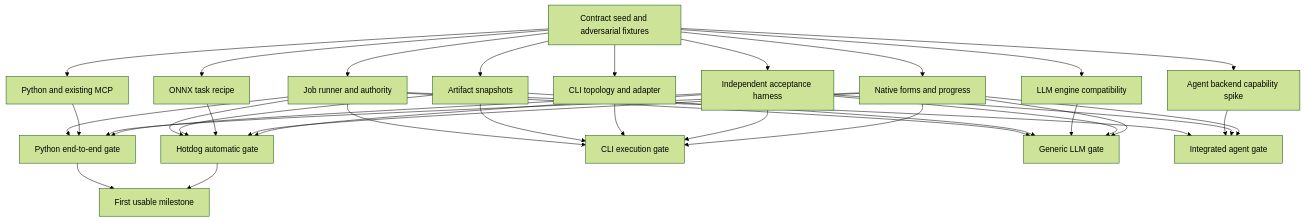
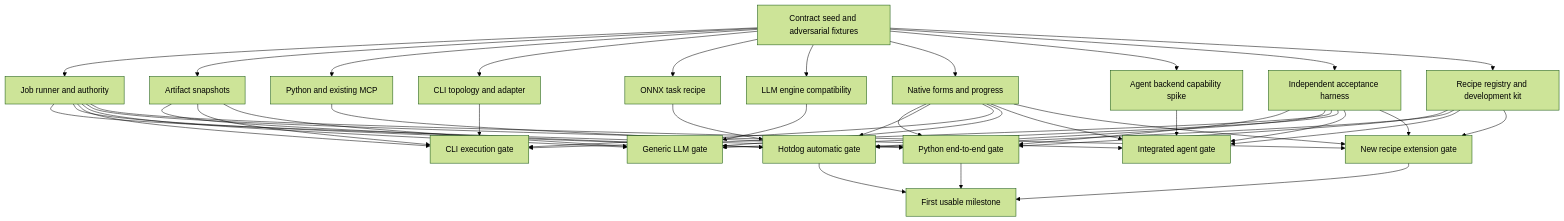
Before and after one commit to jshahbazi/meecp: the diagram in docs/AUTOMATIC_PREPARATION.md, drawn with Mermaid (forest theme). The commit also changed other lines of this file and 1 other file, not shown here.

First line of the commit message:
docs: define extensible recipe bundles

````diff
--- a/docs/AUTOMATIC_PREPARATION.md
+++ b/docs/AUTOMATIC_PREPARATION.md
@@ -168,37 +235,46 @@
 ```mermaid
 flowchart TD
     A[Contract seed and adversarial fixtures] --> B[Job runner and authority]
     A --> C[Artifact snapshots]
     A --> D[Python and existing MCP]
     A --> E[CLI topology and adapter]
     A --> F[ONNX task recipe]
     A --> G[LLM engine compatibility]
     A --> H[Native forms and progress]
     A --> I[Agent backend capability spike]
     A --> J[Independent acceptance harness]
+    A --> R[Recipe registry and development kit]
     B --> P[Python end-to-end gate]
     D --> P
     H --> P
     J --> P
+    R --> P
     B --> V[Hotdog automatic gate]
     C --> V
     F --> V
     H --> V
     J --> V
+    R --> V
     B --> K[CLI execution gate]
     C --> K
     E --> K
     J --> K
     H --> K
     B --> L[Generic LLM gate]
     C --> L
     G --> L
     J --> L
     H --> L
     B --> Q[Integrated agent gate]
     I --> Q
     J --> Q
     H --> Q
+    R --> Q
+    R --> X[New recipe extension gate]
+    H --> X
+    J --> X
+    B --> X
     P --> M[First usable milestone]
     V --> M
+    X --> M
 ```
````
